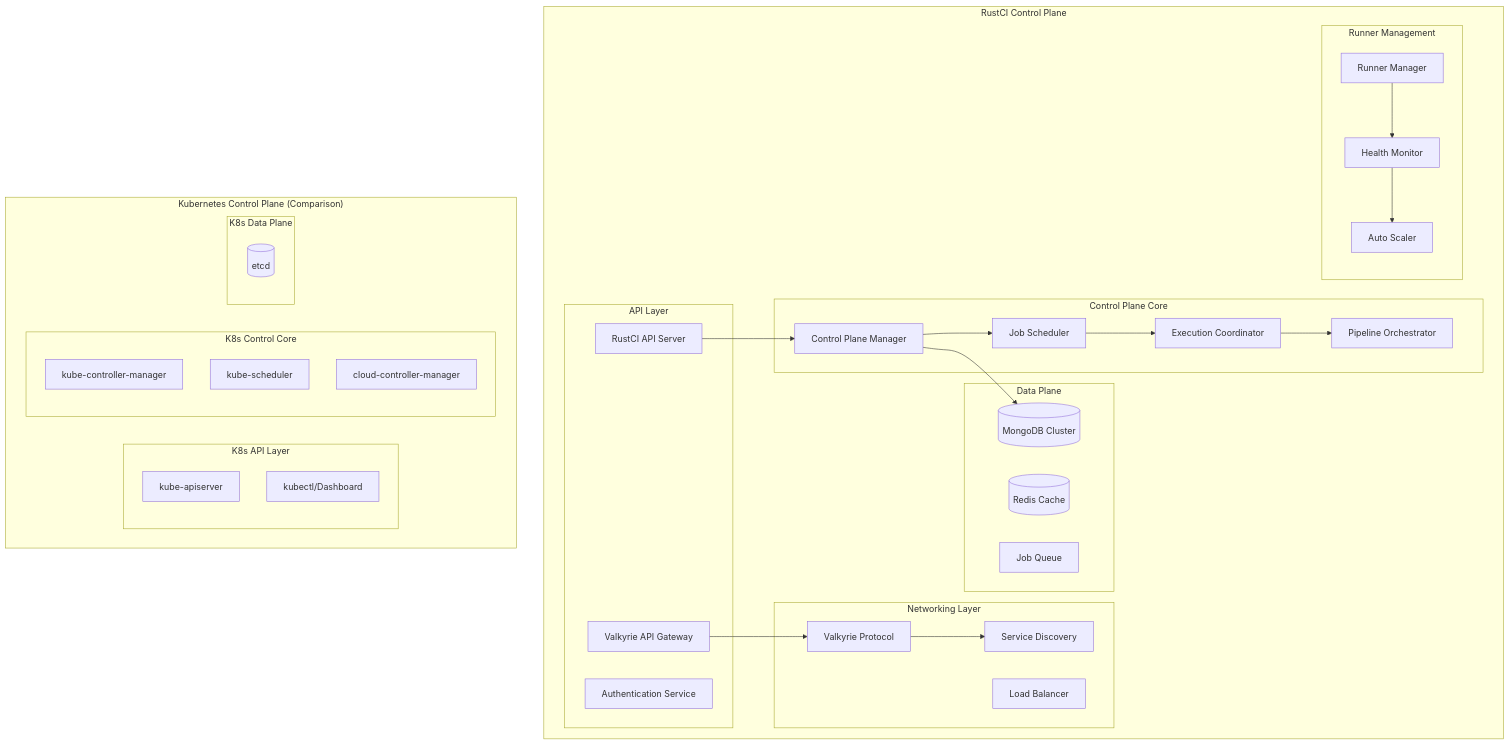
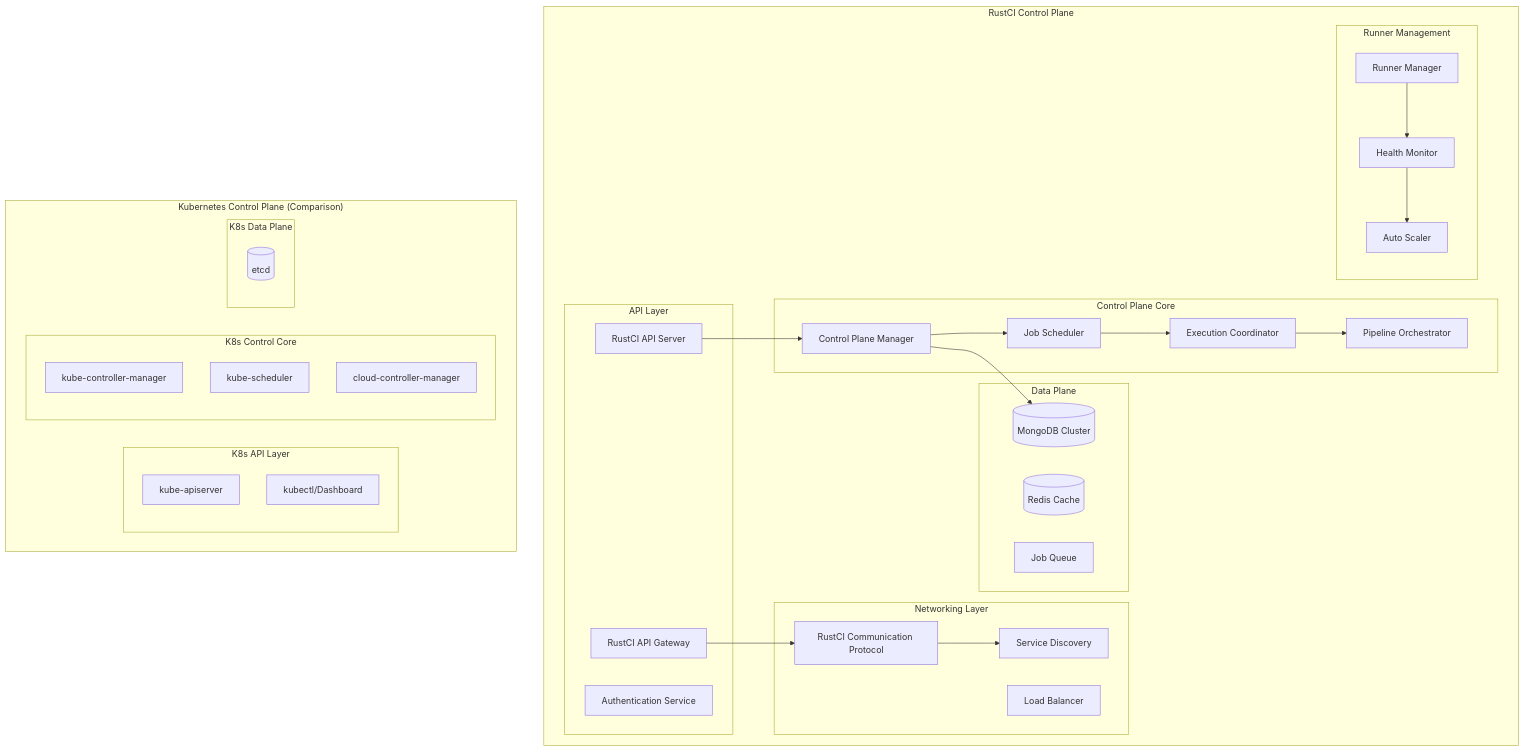
The first of 14 diagrams in docs/architecture/rustci-control-plane-architecture.md (RitabrataRoychowdhury/RustCI), drawn with Mermaid before and after one commit. The commit also changed other lines of this file and 182 other files, not shown here.

````diff
--- a/docs/architecture/rustci-control-plane-architecture.md
+++ b/docs/architecture/rustci-control-plane-architecture.md
@@ -11,62 +11,62 @@
 ```mermaid
 graph TB
     subgraph "RustCI Control Plane"
         subgraph "API Layer"
             RAPI[RustCI API Server]
-            VAPI[Valkyrie API Gateway]
+            VAPI[RustCI API Gateway]
             AUTH[Authentication Service]
         end
         
         subgraph "Control Plane Core"
             CTRL[Control Plane Manager]
             SCHED[Job Scheduler]
             COORD[Execution Coordinator]
             ORCH[Pipeline Orchestrator]
         end
         
         subgraph "Data Plane"
             ETCD[(MongoDB Cluster)]
             CACHE[(Redis Cache)]
             QUEUE[Job Queue]
         end
         
         subgraph "Networking Layer"
-            VALK[Valkyrie Protocol]
+            VALK[RustCI Communication Protocol]
             LB[Load Balancer]
             DISC[Service Discovery]
         end
         
         subgraph "Runner Management"
             RMGR[Runner Manager]
             HEALTH[Health Monitor]
             SCALE[Auto Scaler]
         end
     end
     
     subgraph "Kubernetes Control Plane (Comparison)"
         subgraph "K8s API Layer"
             KAPI[kube-apiserver]
             KADM[kubectl/Dashboard]
         end
         
         subgraph "K8s Control Core"
             KCTRL[kube-controller-manager]
             KSCHED[kube-scheduler]
             CCM[cloud-controller-manager]
         end
         
         subgraph "K8s Data Plane"
             KETCD[(etcd)]
         end
     end
     
     RAPI --> CTRL
     VAPI --> VALK
     CTRL --> SCHED
     SCHED --> COORD
     COORD --> ORCH
     CTRL --> ETCD
     VALK --> DISC
     RMGR --> HEALTH
     HEALTH --> SCALE
 ```
````
